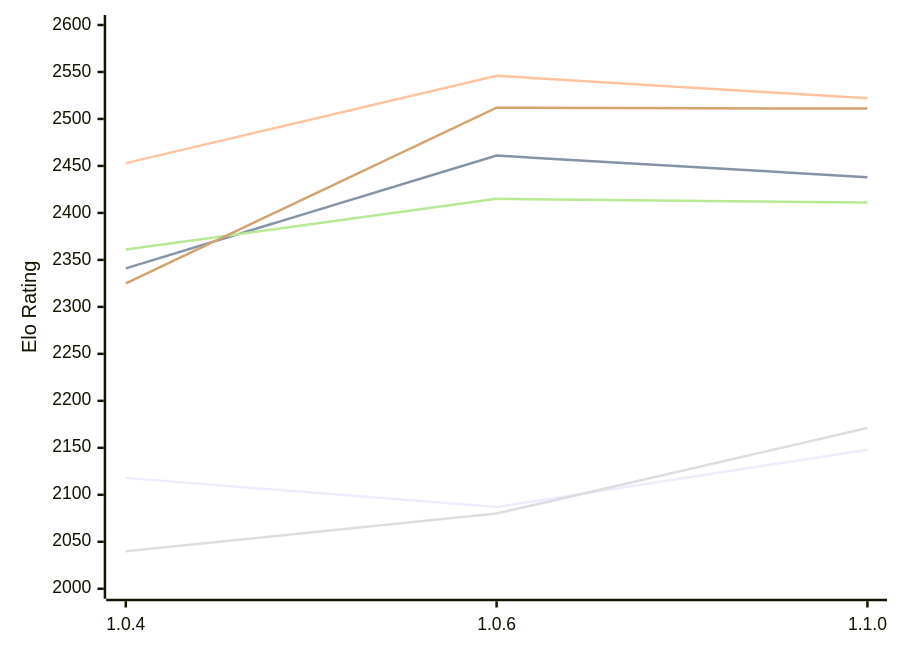
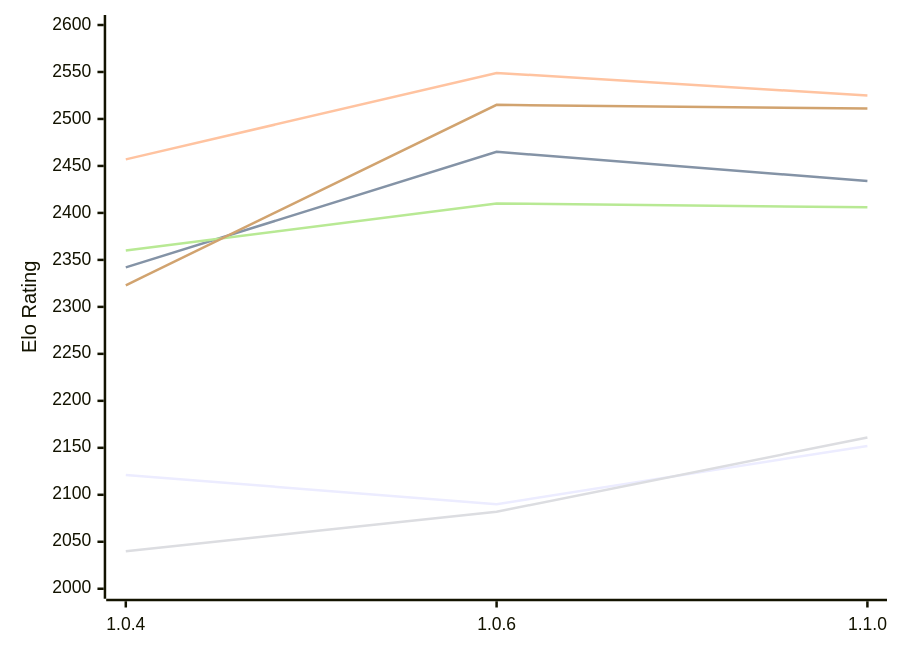
The diagram in engines/Ankax.md (computer-chess-index/cci), drawn with Mermaid before and after one commit. The commit also changed other lines of this file, not shown here.

Commit message:
Update CCI Ratings (ELO VLTC) - 2026-11-22

````diff
--- a/engines/Ankax.md
+++ b/engines/Ankax.md
@@ -51,12 +51,12 @@
 ```mermaid
 %%{init: {"theme":"base","themeVariables":{"seriesColors:['#a3a3a3','#222221','#faa371']}}}%%
 xychart-beta
   x-axis ["1.0.4", "1.0.6", "1.1.0"]
   y-axis "Elo Rating" 2000 --> 2600
-  line "E1: STC (8.0+0.08s)" [2118, 2087, 2148]
-  line "E1: LTC (60.0+0.60s)" [2341, 2461, 2438]
-  line "E1: VLTC (2m24s+1.12s)" [2453, 2546, 2522]
-  line "P1: STC (8.0+0.08s)" [2040, 2080, 2171]
-  line "P1: LTC (60.0+0.60s)" [2361, 2415, 2411]
-  line "P1: VLTC (2m24s+1.12s)" [2325, 2512, 2511]
+  line "E1: STC (8.0+0.08s)" [2121, 2090, 2152]
+  line "E1: LTC (60.0+0.60s)" [2342, 2465, 2434]
+  line "E1: VLTC (2m24s+1.12s)" [2457, 2549, 2525]
+  line "P1: STC (8.0+0.08s)" [2040, 2082, 2161]
+  line "P1: LTC (60.0+0.60s)" [2360, 2410, 2406]
+  line "P1: VLTC (2m24s+1.12s)" [2323, 2515, 2511]
 ```
````
